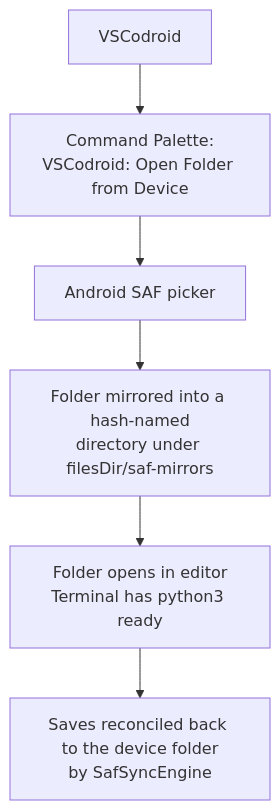
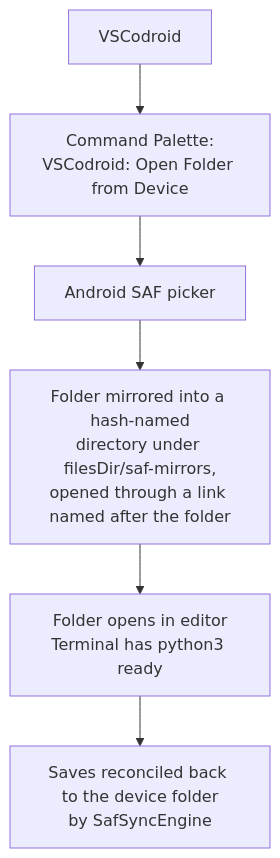
One commit to rmyndharis/VSCodroid changed the third of 3 diagrams in docs/01-PRD.md. Above: the diagram before and after it, drawn with Mermaid. The commit also changed 4 other files, not shown here.

````diff
--- a/docs/01-PRD.md
+++ b/docs/01-PRD.md
@@ -183,7 +183,7 @@
 ```mermaid
 flowchart TD
   A["VSCodroid"] --> B["Command Palette:<br/>VSCodroid: Open Folder from Device"] --> C["Android SAF picker"]
-  C --> D["Folder mirrored into a hash-named<br/>directory under filesDir/saf-mirrors"]
+  C --> D["Folder mirrored into a hash-named<br/>directory under filesDir/saf-mirrors,<br/>opened through a link named after the folder"]
   D --> E["Folder opens in editor<br/>Terminal has python3 ready"]
   E --> F["Saves reconciled back to the device folder<br/>by SafSyncEngine"]
 ```
````
